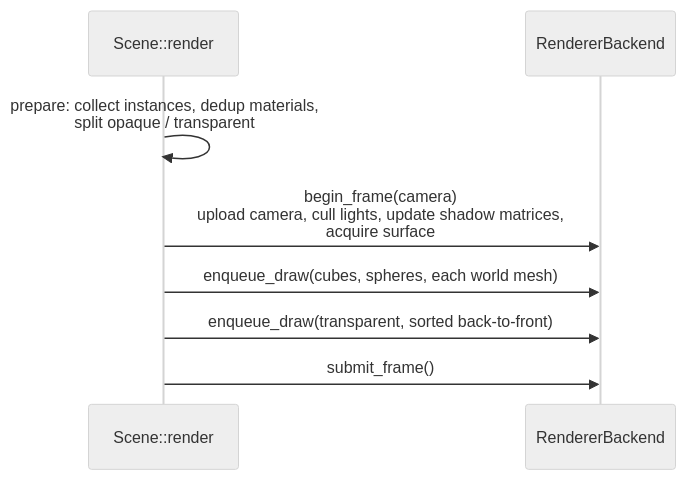
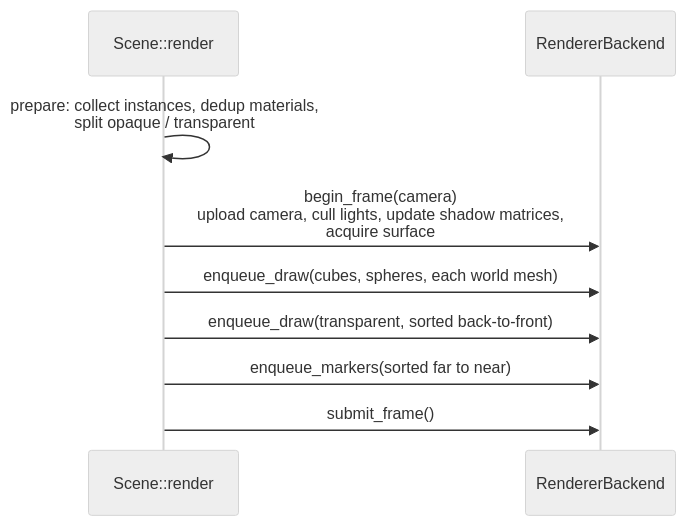
The second of 3 diagrams in wiki/architecture/rendering.md (WrackedFella/moho), drawn with Mermaid (neutral theme) before and after one commit. The commit also changed other lines of this file and 21 other files, not shown here.

````diff
--- a/wiki/architecture/rendering.md
+++ b/wiki/architecture/rendering.md
@@ -109,10 +109,11 @@
 ```mermaid
 sequenceDiagram
     participant S as Scene::render
     participant B as RendererBackend
     S->>S: prepare: collect instances, dedup materials,<br/>split opaque / transparent
     S->>B: begin_frame(camera)<br/>upload camera, cull lights, update shadow matrices,<br/>acquire surface
     S->>B: enqueue_draw(cubes, spheres, each world mesh)
     S->>B: enqueue_draw(transparent, sorted back-to-front)
+    S->>B: enqueue_markers(sorted far to near)
     S->>B: submit_frame()
 ```
````
